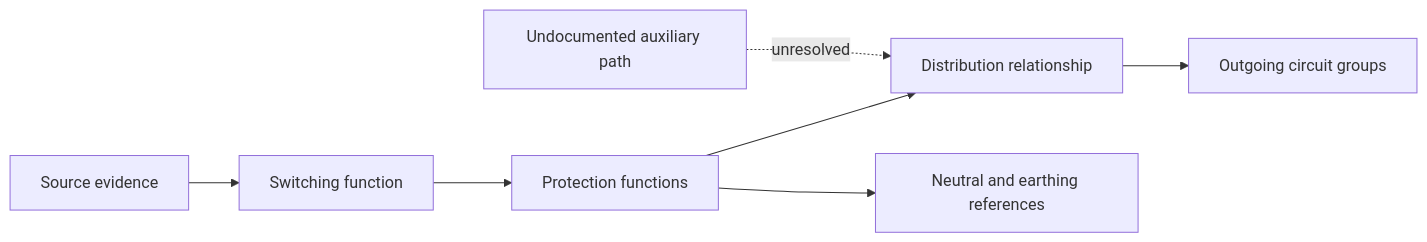
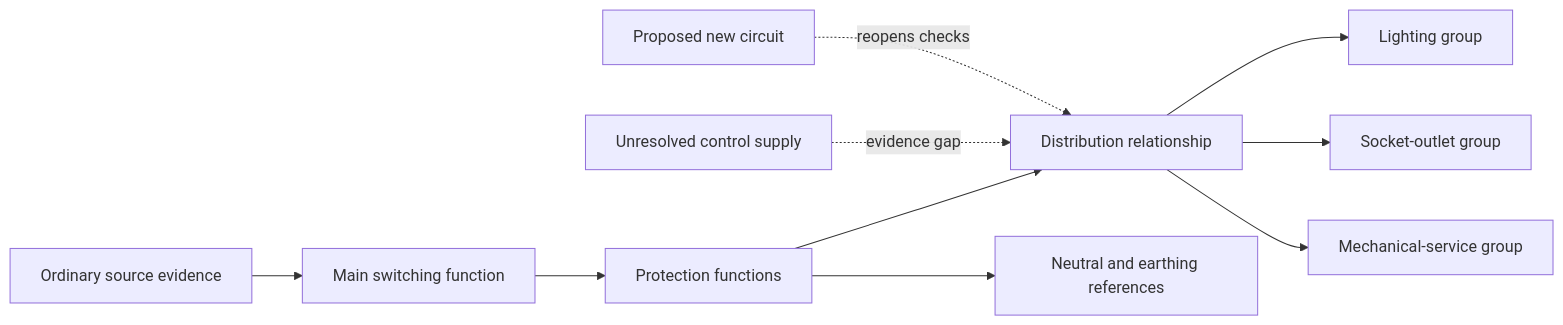
Before and after one commit to andrew3stedall/capstone: the third of 3 diagrams in docs/learning-plans/12-week/modules/day-38-switchboard-functional-areas-and-arrangement-principles.md, drawn with Mermaid. The commit also changed other lines of this file and 3 other files, not shown here.

````diff
--- a/docs/learning-plans/12-week/modules/day-38-switchboard-functional-areas-and-arrangement-principles.md
+++ b/docs/learning-plans/12-week/modules/day-38-switchboard-functional-areas-and-arrangement-principles.md
@@ -77,9 +173,12 @@
 ```mermaid
 flowchart LR
-    A[Source evidence] --> B[Switching function]
+    A[Ordinary source evidence] --> B[Main switching function]
     B --> C[Protection functions]
     C --> D[Distribution relationship]
-    D --> E[Outgoing circuit groups]
-    C --> F[Neutral and earthing references]
-    G[Undocumented auxiliary path] -. unresolved .-> D
+    D --> E[Lighting group]
+    D --> F[Socket-outlet group]
+    D --> G[Mechanical-service group]
+    C --> H[Neutral and earthing references]
+    I[Unresolved control supply] -. evidence gap .-> D
+    J[Proposed new circuit] -. reopens checks .-> D
 ```
````
